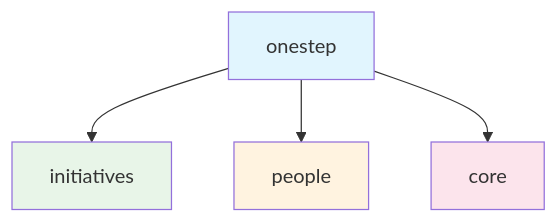
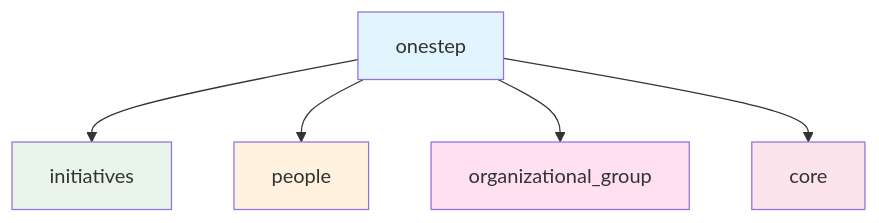
Before and after one commit to paulossjunior/OneStep: the second of 2 diagrams in .kiro/steering/product.md, drawn with Mermaid. The commit also changed other lines of this file and 16 other files, not shown here.

````diff
--- a/.kiro/steering/product.md
+++ b/.kiro/steering/product.md
@@ -68,11 +97,13 @@
 ```mermaid
 graph TD
     A[onestep] --> B[initiatives]
     A --> C[people]
-    A --> D[core]
+    A --> D[organizational_group]
+    A --> E[core]
     
     style A fill:#e1f5fe
     style B fill:#e8f5e8
     style C fill:#fff3e0
-    style D fill:#fce4ec
+    style D fill:#ffe0f0
+    style E fill:#fce4ec
 ```
````
